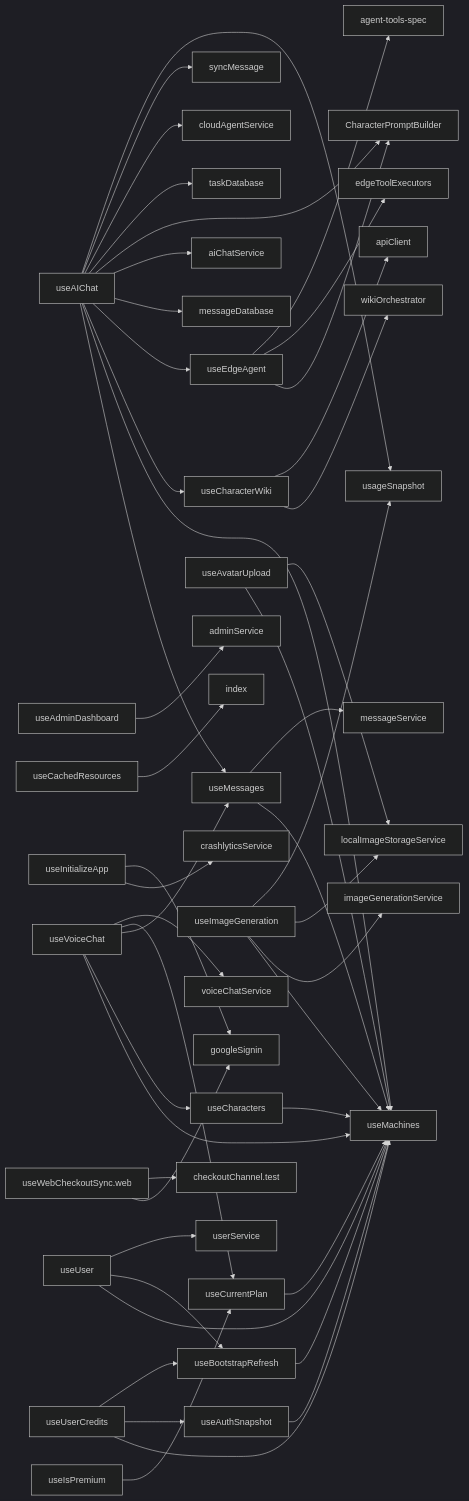
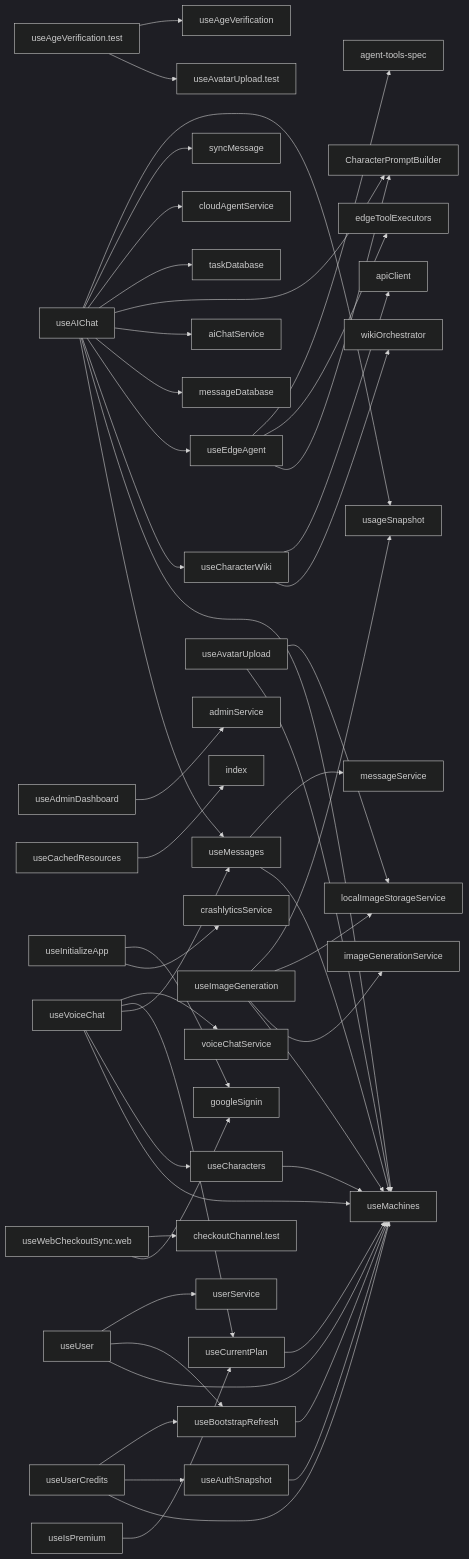
The diagram in docs/flowcharts/hooks.md (equationalapplications/clanker), drawn with Mermaid (dark theme) before and after one commit.

Commit message:
docs(charts): regenerate hooks flowchart

````diff
--- a/docs/flowcharts/hooks.md
+++ b/docs/flowcharts/hooks.md
@@ -4,49 +4,51 @@
 ```mermaid
 graph LR
+  useAgeVerification.test --> useAvatarUpload.test
+  useAgeVerification.test --> useAgeVerification
   useAIChat --> useMessages
   useAIChat --> useMachines
   useAIChat --> useCharacterWiki
   useAIChat --> useEdgeAgent
   useAIChat --> messageDatabase
   useAIChat --> aiChatService
   useAIChat --> CharacterPromptBuilder
   useAIChat --> taskDatabase
   useAIChat --> cloudAgentService
   useAIChat --> syncMessage
   useAIChat --> usageSnapshot
   useAdminDashboard --> adminService
   useAuthSnapshot --> useMachines
   useAvatarUpload --> useMachines
   useAvatarUpload --> localImageStorageService
   useBootstrapRefresh --> useMachines
   useCachedResources --> index
   useCharacterWiki --> wikiOrchestrator
   useCharacterWiki --> apiClient
   useCharacters --> useMachines
   useCurrentPlan --> useMachines
   useEdgeAgent --> CharacterPromptBuilder
   useEdgeAgent --> edgeToolExecutors
   useEdgeAgent --> agent-tools-spec
   useImageGeneration --> useMachines
   useImageGeneration --> imageGenerationService
   useImageGeneration --> localImageStorageService
   useImageGeneration --> usageSnapshot
   useInitializeApp --> crashlyticsService
   useInitializeApp --> googleSignin
   useIsPremium --> useCurrentPlan
   useMessages --> useMachines
   useMessages --> messageService
   useUser --> useMachines
   useUser --> useBootstrapRefresh
   useUser --> userService
   useUserCredits --> useMachines
   useUserCredits --> useAuthSnapshot
   useUserCredits --> useBootstrapRefresh
   useVoiceChat --> useMachines
   useVoiceChat --> useCharacters
   useVoiceChat --> useMessages
   useVoiceChat --> useCurrentPlan
   useVoiceChat --> voiceChatService
   useWebCheckoutSync.web --> googleSignin
   useWebCheckoutSync.web --> checkoutChannel.test
 ```
````
